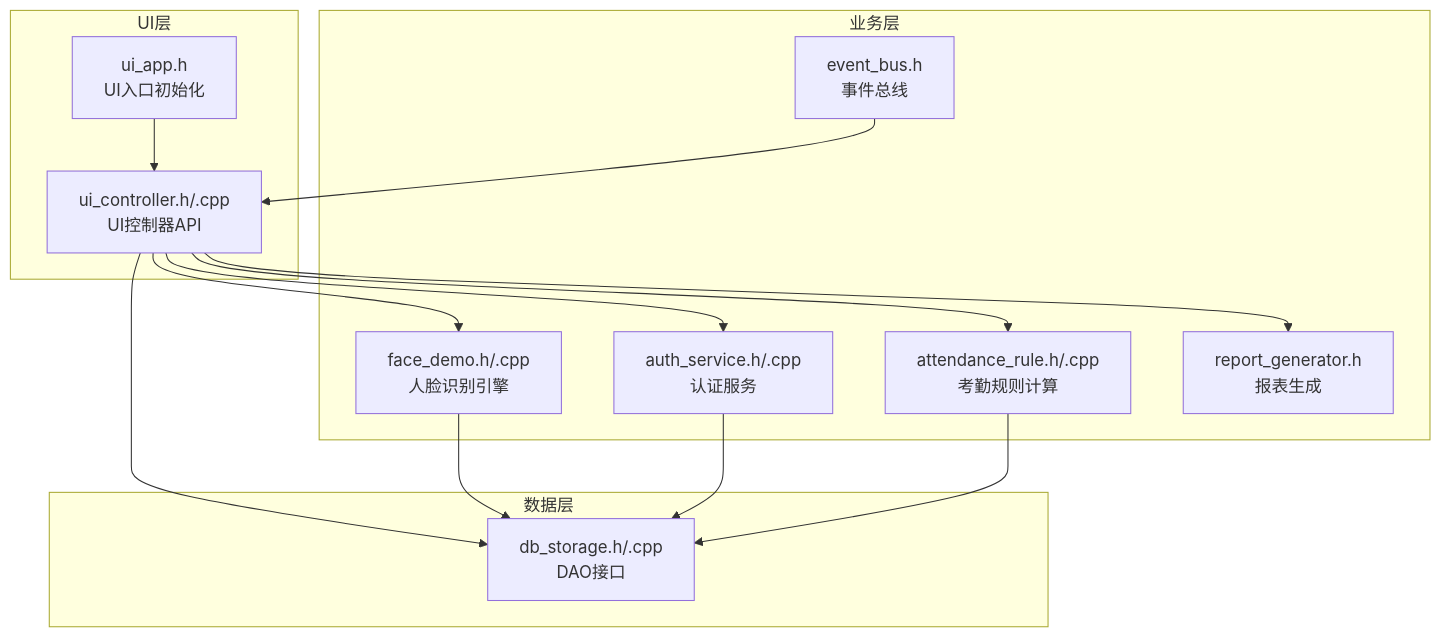
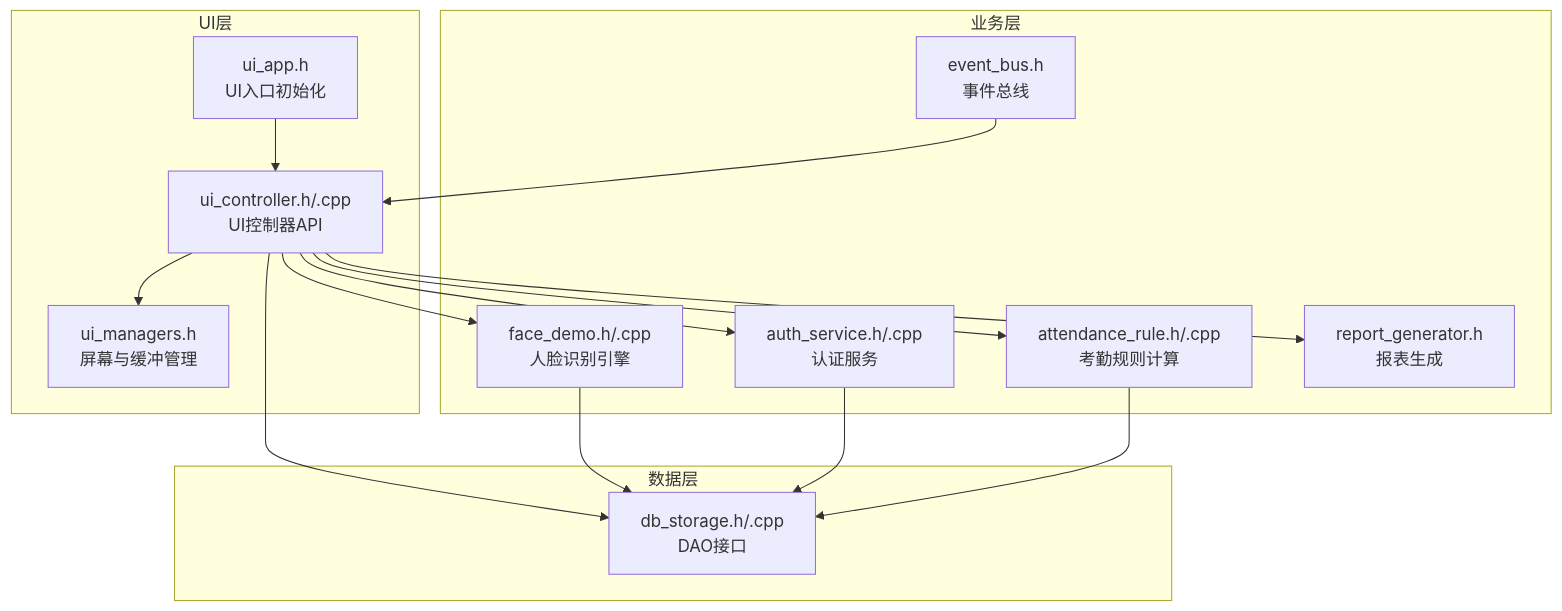
The first of 9 diagrams in .qoder/repowiki/zh/content/API接口参考/API接口参考.md (Drunk552/SmartAttendance), drawn with Mermaid before and after one commit. The commit also changed other lines of this file and 26 other files, not shown here.

````diff
--- a/.qoder/repowiki/zh/content/API接口参考/API接口参考.md
+++ b/.qoder/repowiki/zh/content/API接口参考/API接口参考.md
@@ -42,27 +43,29 @@
 ```mermaid
 graph TB
 subgraph "UI层"
 UIApp["ui_app.h<br/>UI入口初始化"]
 UIController["ui_controller.h/.cpp<br/>UI控制器API"]
+UiManager["ui_managers.h<br/>屏幕与缓冲管理"]
 end
 subgraph "业务层"
 AuthService["auth_service.h/.cpp<br/>认证服务"]
 AttendanceRule["attendance_rule.h/.cpp<br/>考勤规则计算"]
 FaceDemo["face_demo.h/.cpp<br/>人脸识别引擎"]
 EventBus["event_bus.h<br/>事件总线"]
 ReportGen["report_generator.h<br/>报表生成"]
 end
 subgraph "数据层"
 DBStorage["db_storage.h/.cpp<br/>DAO接口"]
 end
 UIApp --> UIController
+UIController --> UiManager
 UIController --> AuthService
 UIController --> AttendanceRule
 UIController --> FaceDemo
 UIController --> DBStorage
 UIController --> ReportGen
 FaceDemo --> DBStorage
 AuthService --> DBStorage
 AttendanceRule --> DBStorage
 EventBus --> UIController
 ```
````
